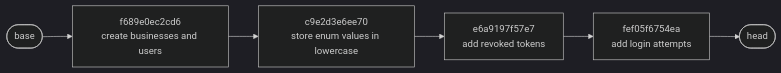
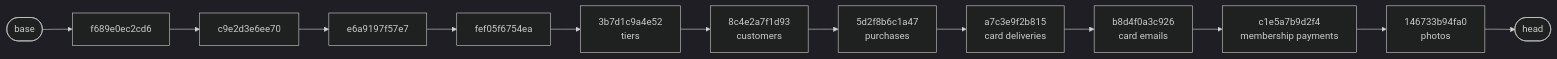
The sixth of 6 diagrams in docs/MIGRATIONS.md (AGA-Studio/Member-Web), drawn with Mermaid (dark theme) before and after one commit. The commit also changed other lines of this file and 3 other files, not shown here.

````diff
--- a/docs/MIGRATIONS.md
+++ b/docs/MIGRATIONS.md
@@ -200,8 +209,15 @@
 ```mermaid
 flowchart LR
-    BASE(["base"]) --> R1["f689e0ec2cd6<br/>create businesses and users"]
-    R1 --> R2["c9e2d3e6ee70<br/>store enum values in lowercase"]
-    R2 --> R3["e6a9197f57e7<br/>add revoked tokens"]
-    R3 --> R4["fef05f6754ea<br/>add login attempts"]
-    R4 --> HEAD(["head"])
+    BASE(["base"]) --> R1["f689e0ec2cd6"]
+    R1 --> R2["c9e2d3e6ee70"]
+    R2 --> R3["e6a9197f57e7"]
+    R3 --> R4["fef05f6754ea"]
+    R4 --> R5["3b7d1c9a4e52<br/>tiers"]
+    R5 --> R6["8c4e2a7f1d93<br/>customers"]
+    R6 --> R7["5d2f8b6c1a47<br/>purchases"]
+    R7 --> R8["a7c3e9f2b815<br/>card deliveries"]
+    R8 --> R9["b8d4f0a3c926<br/>card emails"]
+    R9 --> R10["c1e5a7b9d2f4<br/>membership payments"]
+    R10 --> R11["146733b94fa0<br/>photos"]
+    R11 --> HEAD(["head"])
 ```
````
